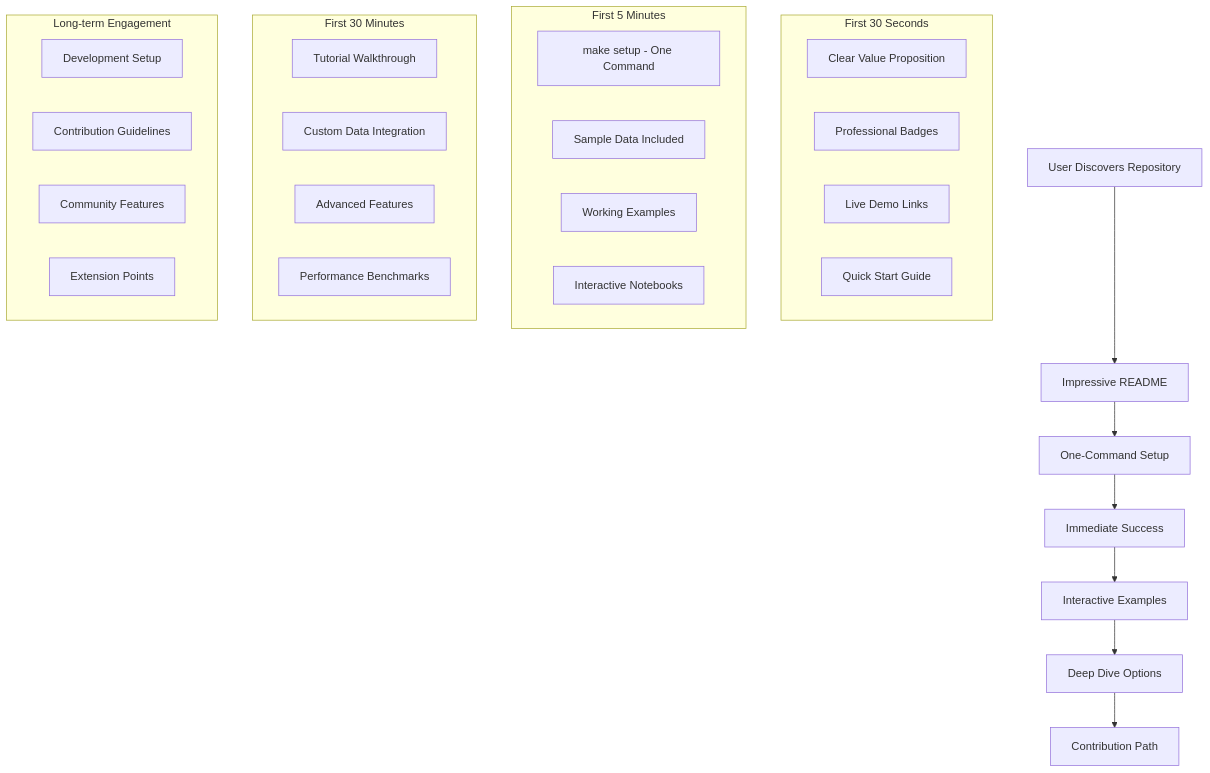
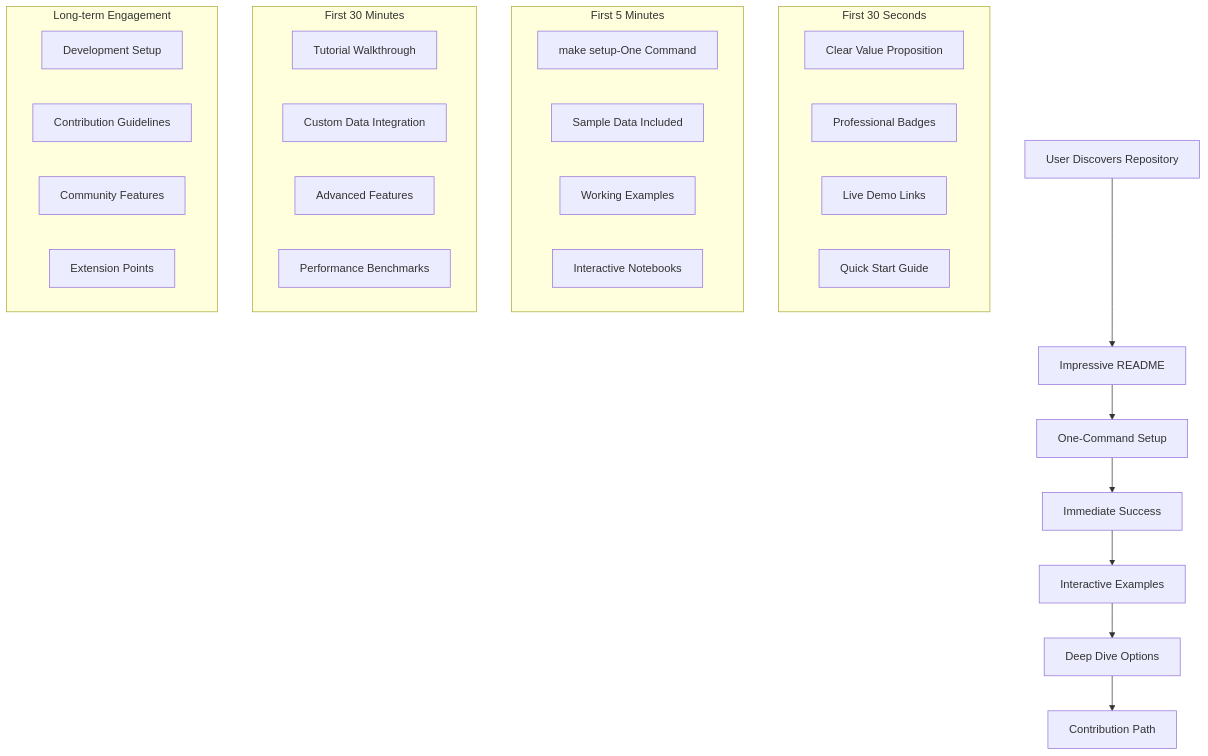
The second of 3 diagrams in .kiro/specs/robust-ci-and-git-setup/design.md (wmoore012/youtube-music-analytics), drawn with Mermaid before and after one commit. The commit also changed other lines of this file and 403 other files, not shown here.

````diff
--- a/.kiro/specs/robust-ci-and-git-setup/design.md
+++ b/.kiro/specs/robust-ci-and-git-setup/design.md
@@ -55,37 +55,37 @@
 ```mermaid
 graph TD
     A[User Discovers Repository] --> B[Impressive README]
     B --> C[One-Command Setup]
     C --> D[Immediate Success]
     D --> E[Interactive Examples]
     E --> F[Deep Dive Options]
     F --> G[Contribution Path]
 
     subgraph "First 30 Seconds"
         B1[Clear Value Proposition]
         B2[Professional Badges]
         B3[Live Demo Links]
         B4[Quick Start Guide]
     end
 
     subgraph "First 5 Minutes"
-        C1[make setup - One Command]
+        C1[make setup-One Command]
         C2[Sample Data Included]
         C3[Working Examples]
         C4[Interactive Notebooks]
     end
 
     subgraph "First 30 Minutes"
         D1[Tutorial Walkthrough]
         D2[Custom Data Integration]
         D3[Advanced Features]
         D4[Performance Benchmarks]
     end
 
     subgraph "Long-term Engagement"
         E1[Development Setup]
         E2[Contribution Guidelines]
         E3[Community Features]
         E4[Extension Points]
     end
 ```
````
